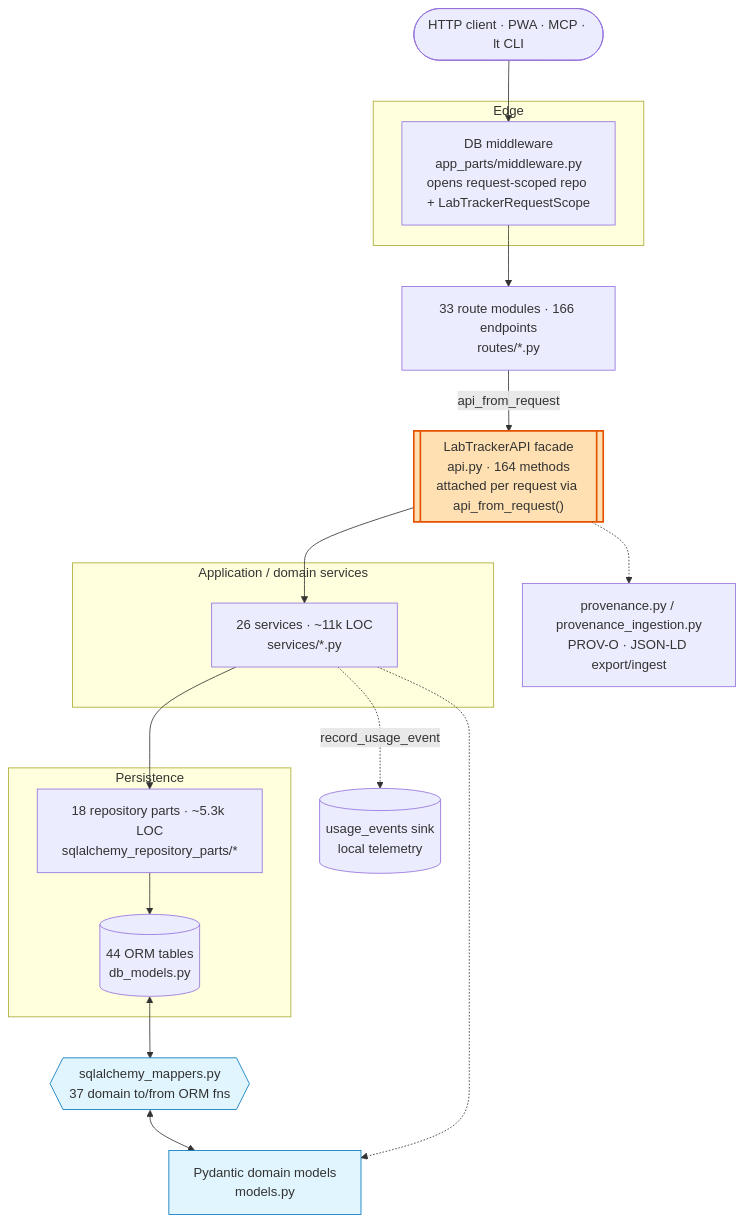
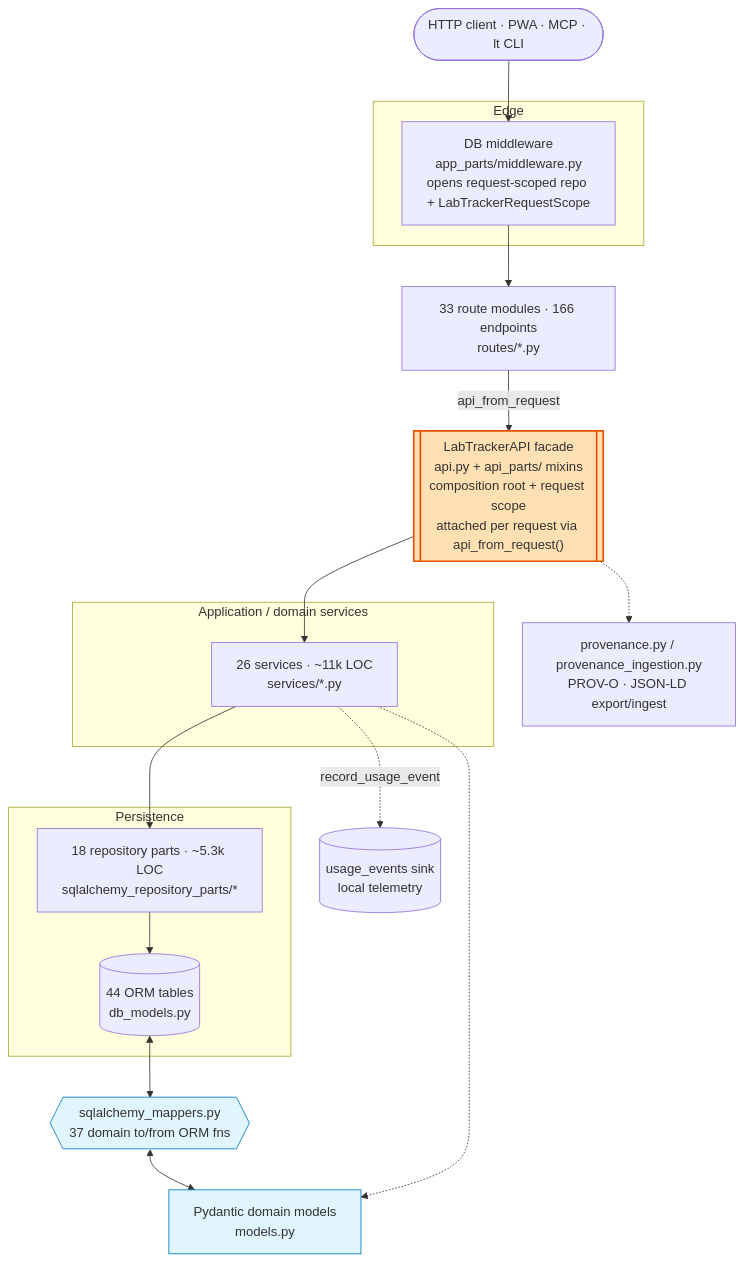
The diagram in docs/internal-boundaries.md (SamuelBrudner/lab-tracker), drawn with Mermaid before and after one commit. The commit also changed other lines of this file and 15 other files, not shown here.

First line of the commit message:
refactor(api): decompose LabTrackerAPI monolith into per-domain mixins

````diff
--- a/docs/internal-boundaries.md
+++ b/docs/internal-boundaries.md
@@ -14,43 +14,43 @@
 ```mermaid
 flowchart TD
     client(["HTTP client · PWA · MCP · lt CLI"])
 
     subgraph edge["Edge"]
       mw["DB middleware<br/>app_parts/middleware.py<br/>opens request-scoped repo + LabTrackerRequestScope"]
     end
 
     routes["33 route modules · 166 endpoints<br/>routes/*.py"]
 
-    facade[["LabTrackerAPI facade<br/>api.py · 164 methods<br/>attached per request via api_from_request()"]]
+    facade[["LabTrackerAPI facade<br/>api.py + api_parts/ mixins<br/>composition root + request scope<br/>attached per request via api_from_request()"]]
 
     subgraph app["Application / domain services"]
       services["26 services · ~11k LOC<br/>services/*.py"]
     end
 
     subgraph data["Persistence"]
       repo["18 repository parts · ~5.3k LOC<br/>sqlalchemy_repository_parts/*"]
       orm[("44 ORM tables<br/>db_models.py")]
     end
 
     mappers{{"sqlalchemy_mappers.py<br/>37 domain to/from ORM fns"}}
     domain["Pydantic domain models<br/>models.py"]
 
     prov["provenance.py / provenance_ingestion.py<br/>PROV-O · JSON-LD export/ingest"]
     usage[("usage_events sink<br/>local telemetry")]
 
     client --> mw --> routes
     routes -->|api_from_request| facade
     facade --> services
     services --> repo
     repo --> orm
     orm <--> mappers
     mappers <--> domain
     services -.-> domain
     facade -.-> prov
     services -.->|record_usage_event| usage
 
     classDef chokepoint fill:#ffe0b2,stroke:#e65100,stroke-width:2px;
     classDef seam fill:#e1f5fe,stroke:#0277bd;
     class facade chokepoint;
     class mappers,domain seam;
 ```
````
